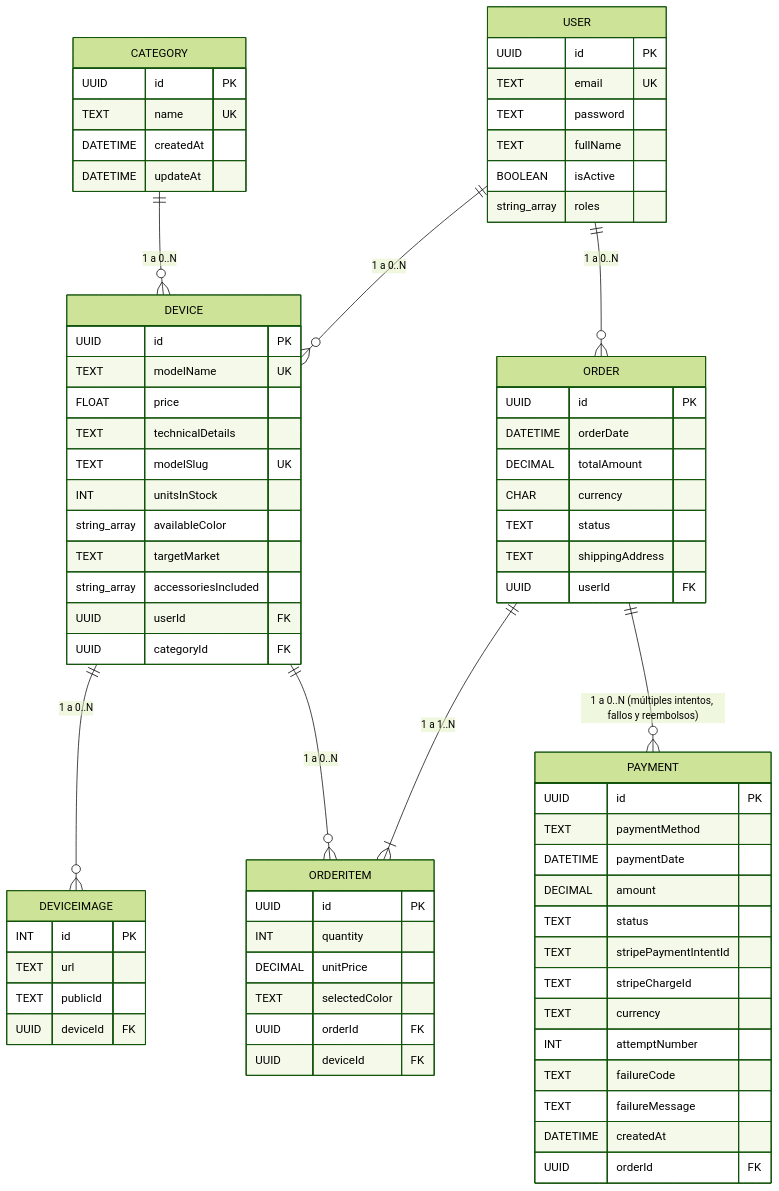
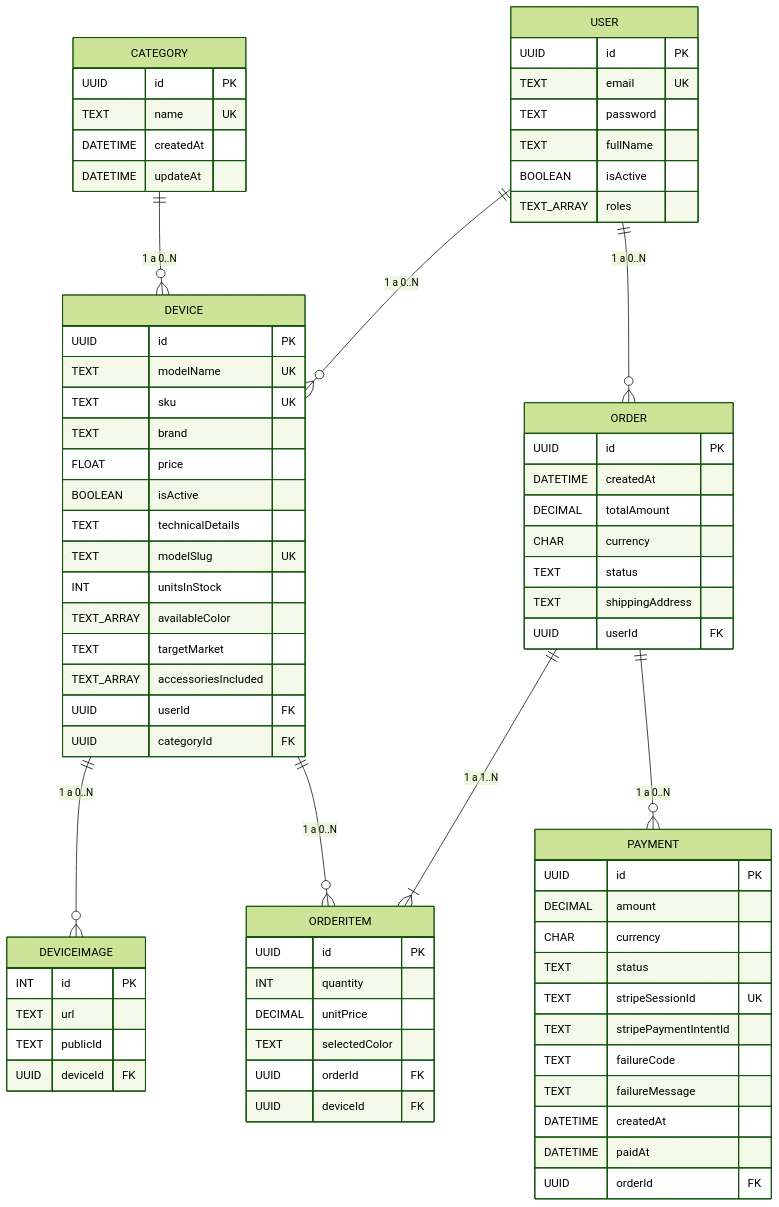
The first of 3 diagrams in diccionario-datos-app-mobistore.md (lugoz99/app-mobistore), drawn with Mermaid (forest theme) before and after one commit. The commit also changed other lines of this file and 19 other files, not shown here.

Commit message:
Stripe - checkout - payment has been implemented

````diff
--- a/diccionario-datos-app-mobistore.md
+++ b/diccionario-datos-app-mobistore.md
@@ -22,19 +22,22 @@
         TEXT password
         TEXT fullName
         BOOLEAN isActive
-        string_array roles
+        TEXT_ARRAY roles
     }
 
     DEVICE {
         UUID id PK
         TEXT modelName UK
+        TEXT sku UK
+        TEXT brand
         FLOAT price
+        BOOLEAN isActive
         TEXT technicalDetails
         TEXT modelSlug UK
         INT unitsInStock
-        string_array availableColor
+        TEXT_ARRAY availableColor
         TEXT targetMarket
-        string_array accessoriesIncluded
+        TEXT_ARRAY accessoriesIncluded
         UUID userId FK
         UUID categoryId FK
     }
@@ -48,7 +51,7 @@
 
     ORDER {
         UUID id PK
-        DATETIME orderDate
+        DATETIME createdAt
         DECIMAL totalAmount
         CHAR currency
         TEXT status
@@ -67,17 +70,15 @@
 
     PAYMENT {
         UUID id PK
-        TEXT paymentMethod
-        DATETIME paymentDate
         DECIMAL amount
+        CHAR currency
         TEXT status
+        TEXT stripeSessionId UK
         TEXT stripePaymentIntentId
-        TEXT stripeChargeId
-        TEXT currency
-        INT attemptNumber
         TEXT failureCode
         TEXT failureMessage
         DATETIME createdAt
+        DATETIME paidAt
         UUID orderId FK
     }
 
@@ -94,6 +95,6 @@
     DEVICE ||--o{ DEVICEIMAGE : "1 a 0..N"
     ORDER ||--|{ ORDERITEM : "1 a 1..N"
     DEVICE ||--o{ ORDERITEM : "1 a 0..N"
-    ORDER ||--o{ PAYMENT : "1 a 0..N (múltiples intentos, fallos y reembolsos)"
+    ORDER ||--o{ PAYMENT : "1 a 0..N"
     CATEGORY ||--o{ DEVICE : "1 a 0..N"
 ```
````
